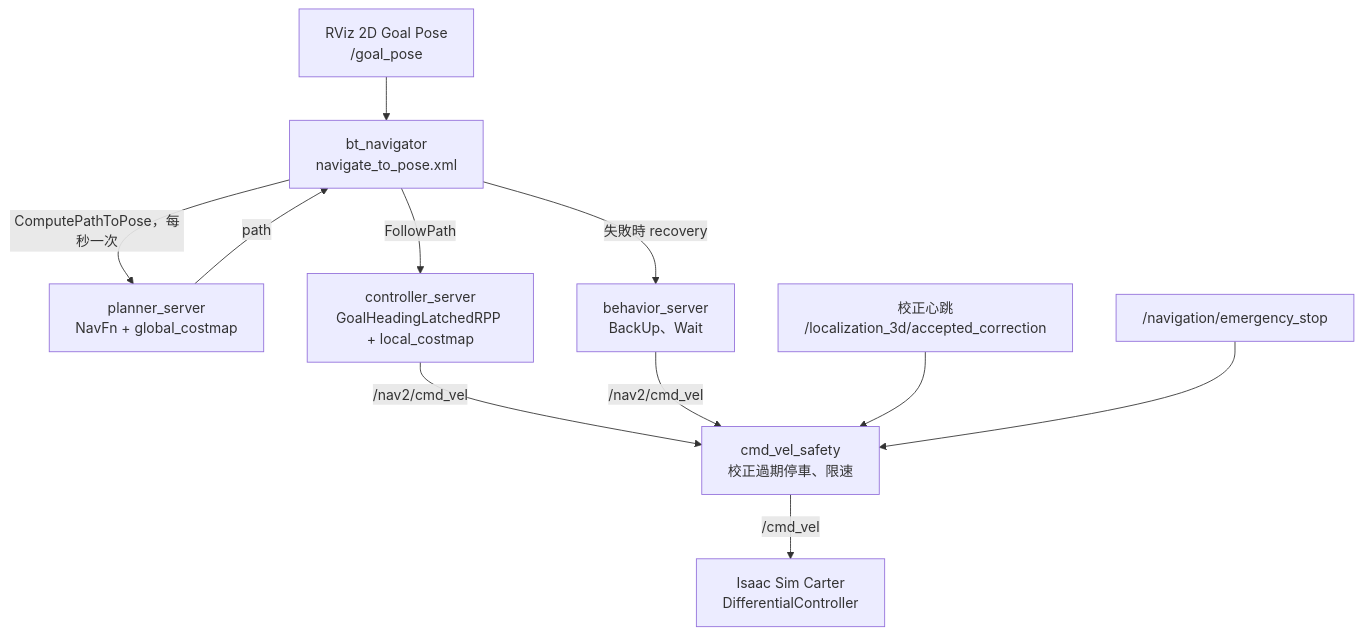
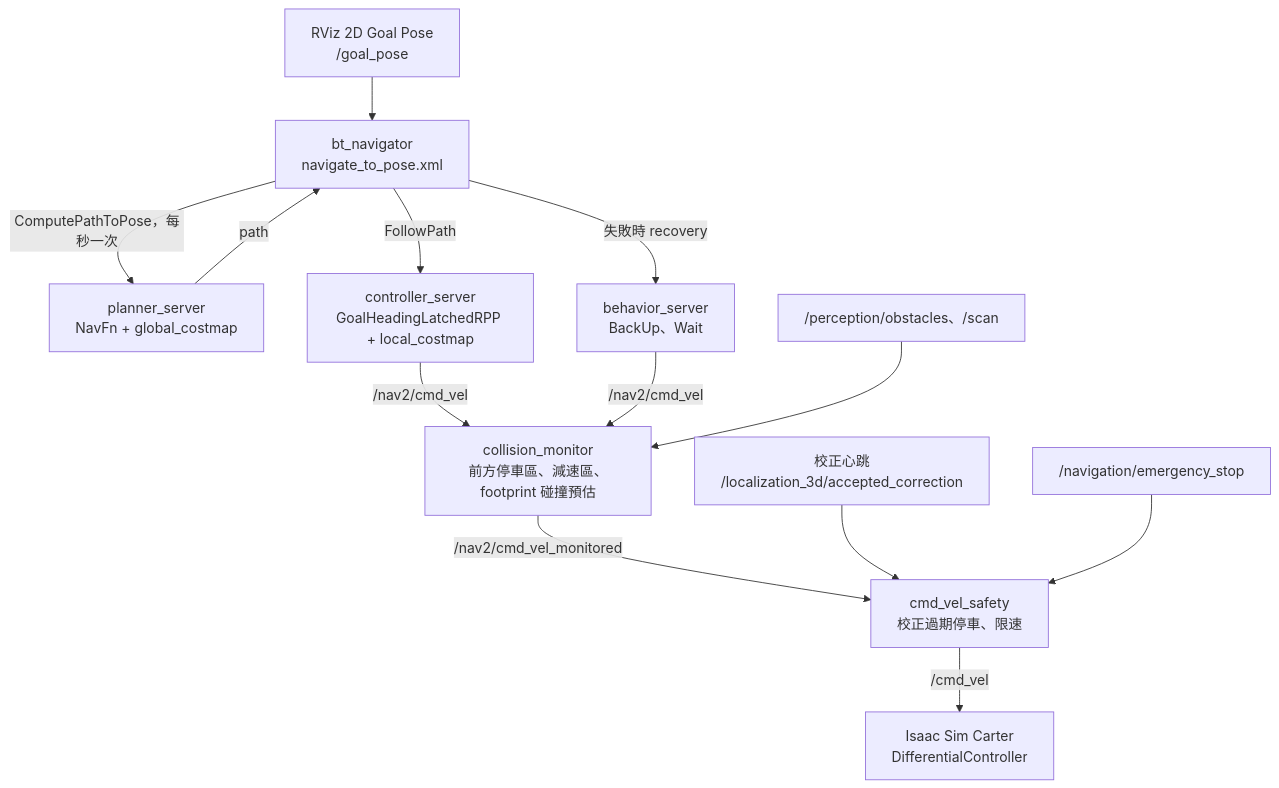
The second of 5 diagrams in docs/nav.md (piggaycheng/isaacsim_fast-lio2-slam), drawn with Mermaid before and after one commit. The commit also changed other lines of this file and 7 other files, not shown here.

First line of the commit message:
Add Nav2 collision_monitor before cmd_vel_safety

````diff
--- a/docs/nav.md
+++ b/docs/nav.md
@@ -46,23 +46,27 @@
 ```mermaid
 flowchart TD
     Goal["RViz 2D Goal Pose<br/>/goal_pose"]
     BT["bt_navigator<br/>navigate_to_pose.xml"]
     Planner["planner_server<br/>NavFn + global_costmap"]
     Controller["controller_server<br/>GoalHeadingLatchedRPP + local_costmap"]
     Behavior["behavior_server<br/>BackUp、Wait"]
+    Monitor["collision_monitor<br/>前方停車區、減速區、footprint 碰撞預估"]
+    Obstacles["/perception/obstacles、/scan"]
     Safety["cmd_vel_safety<br/>校正過期停車、限速"]
     Correction["校正心跳<br/>/localization_3d/accepted_correction"]
     EStop["/navigation/emergency_stop"]
     Isaac["Isaac Sim Carter<br/>DifferentialController"]
 
     Goal --> BT
     BT -->|"ComputePathToPose，每秒一次"| Planner
     Planner -->|"path"| BT
     BT -->|"FollowPath"| Controller
     BT -->|"失敗時 recovery"| Behavior
-    Controller -->|"/nav2/cmd_vel"| Safety
-    Behavior -->|"/nav2/cmd_vel"| Safety
+    Controller -->|"/nav2/cmd_vel"| Monitor
+    Behavior -->|"/nav2/cmd_vel"| Monitor
+    Obstacles --> Monitor
+    Monitor -->|"/nav2/cmd_vel_monitored"| Safety
     Correction --> Safety
     EStop --> Safety
     Safety -->|"/cmd_vel"| Isaac
 ```
````
